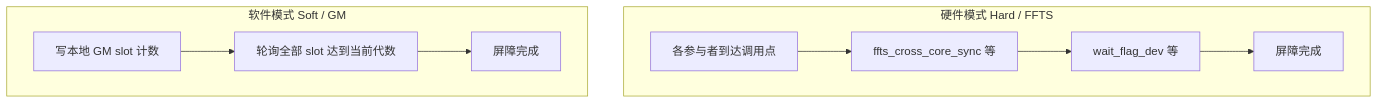
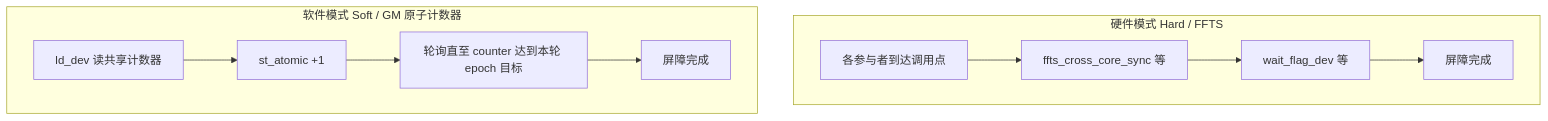
One commit to zouzias/pto-isa-mirror changed the diagram in docs/isa/SYNCALL_zh.md. Above: the diagram before and after it, drawn with Mermaid. The commit also changed other lines of this file and 7 other files, not shown here.

````diff
--- a/docs/isa/SYNCALL_zh.md
+++ b/docs/isa/SYNCALL_zh.md
@@ -9,12 +9,13 @@
 ```mermaid
 flowchart TB
   subgraph hard [硬件模式 Hard / FFTS]
     H1[各参与者到达调用点] --> H2[ffts_cross_core_sync 等]
     H2 --> H3[wait_flag_dev 等]
     H3 --> H4[屏障完成]
   end
-  subgraph soft [软件模式 Soft / GM]
-    S1[写本地 GM slot 计数] --> S2[轮询全部 slot 达到当前代数]
-    S2 --> S3[屏障完成]
+  subgraph soft [软件模式 Soft / GM 原子计数器]
+    S1[ld_dev 读共享计数器] --> S2[st_atomic +1]
+    S2 --> S3[轮询直至 counter 达到本轮 epoch 目标]
+    S3 --> S4[屏障完成]
   end
 ```
````
